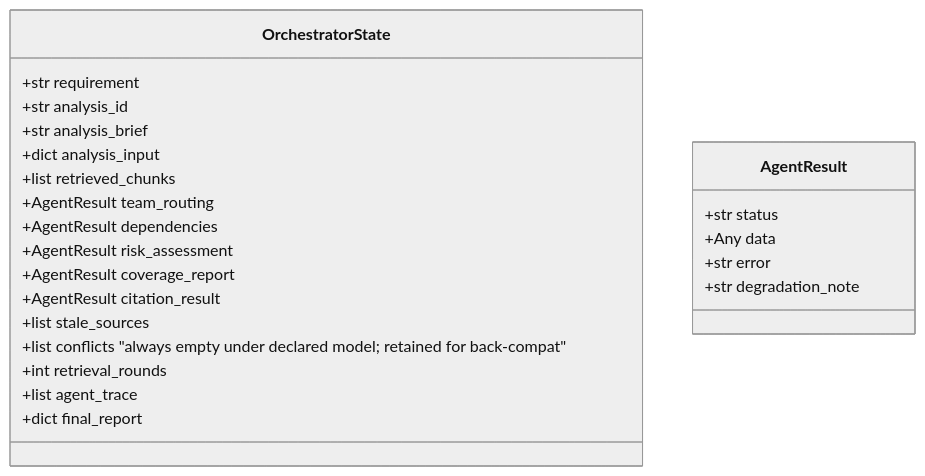
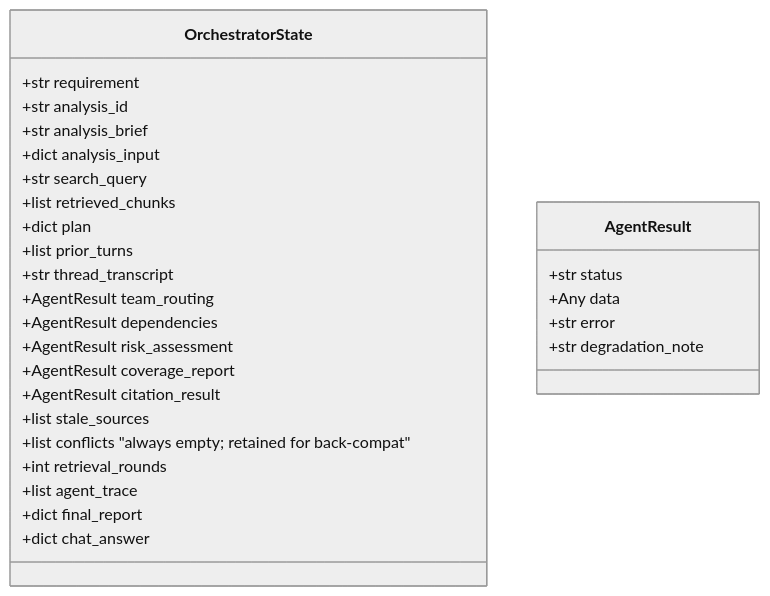
The third of 4 diagrams in docs/agents.md (gurungabit/prism), drawn with Mermaid (neutral theme) before and after one commit. The commit also changed other lines of this file and 9 other files, not shown here.

````diff
--- a/docs/agents.md
+++ b/docs/agents.md
@@ -170,27 +203,32 @@
 ```mermaid
 classDiagram
     class OrchestratorState {
         +str requirement
         +str analysis_id
         +str analysis_brief
         +dict analysis_input
+        +str search_query
         +list retrieved_chunks
+        +dict plan
+        +list prior_turns
+        +str thread_transcript
         +AgentResult team_routing
         +AgentResult dependencies
         +AgentResult risk_assessment
         +AgentResult coverage_report
         +AgentResult citation_result
         +list stale_sources
-        +list conflicts  "always empty under declared model; retained for back-compat"
+        +list conflicts  "always empty; retained for back-compat"
         +int retrieval_rounds
         +list agent_trace
         +dict final_report
+        +dict chat_answer
     }
 
     class AgentResult {
         +str status
         +Any data
         +str error
         +str degradation_note
     }
 ```
````
